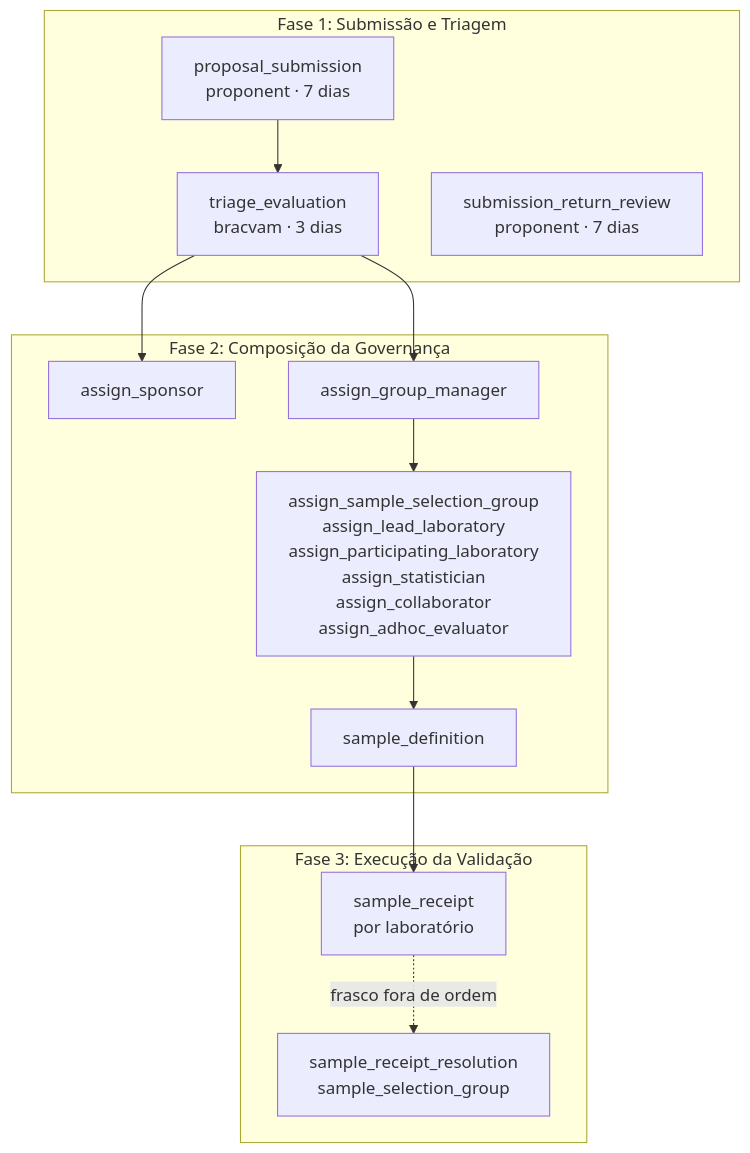
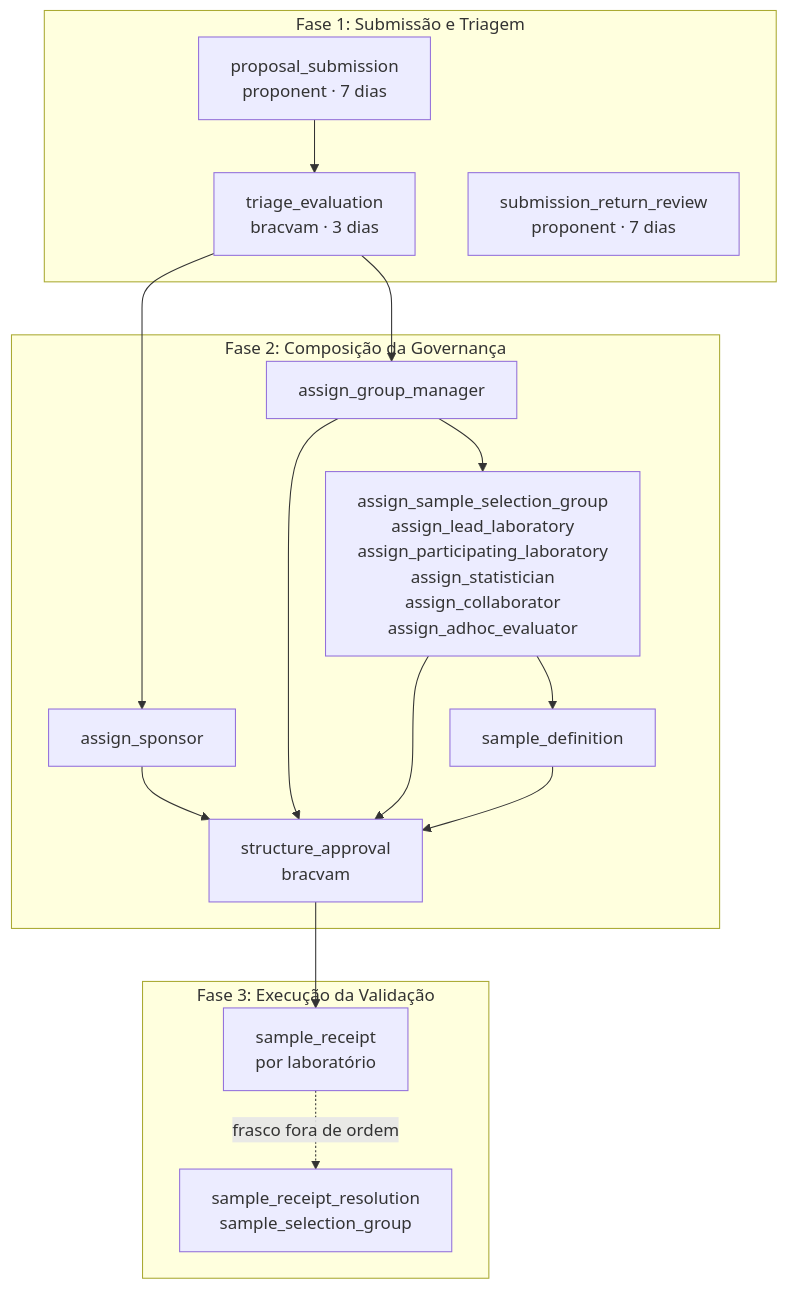
Before and after one commit to pivma-bracvam/pivma-back: the diagram in manual/referencia/templates.md, drawn with Mermaid. The commit also changed other lines of this file and 65 other files, not shown here.

````diff
--- a/manual/referencia/templates.md
+++ b/manual/referencia/templates.md
@@ -19,20 +22,21 @@
 ```mermaid
 flowchart TD
     subgraph F1[Fase 1: Submissão e Triagem]
         PS[proposal_submission<br/>proponent · 7 dias] --> TE[triage_evaluation<br/>bracvam · 3 dias]
         RR[submission_return_review<br/>proponent · 7 dias]
     end
     subgraph F2[Fase 2: Composição da Governança]
         AS[assign_sponsor]
         AG[assign_group_manager] --> AX[assign_sample_selection_group<br/>assign_lead_laboratory<br/>assign_participating_laboratory<br/>assign_statistician<br/>assign_collaborator<br/>assign_adhoc_evaluator]
         AX --> SD[sample_definition]
+        AS & AG & AX & SD --> SA[structure_approval<br/>bracvam]
     end
     subgraph F3[Fase 3: Execução da Validação]
         SR[sample_receipt<br/>por laboratório]
         RS[sample_receipt_resolution<br/>sample_selection_group]
     end
     TE --> AS
     TE --> AG
-    SD --> SR
+    SA --> SR
     SR -.->|frasco fora de ordem| RS
 ```
````
